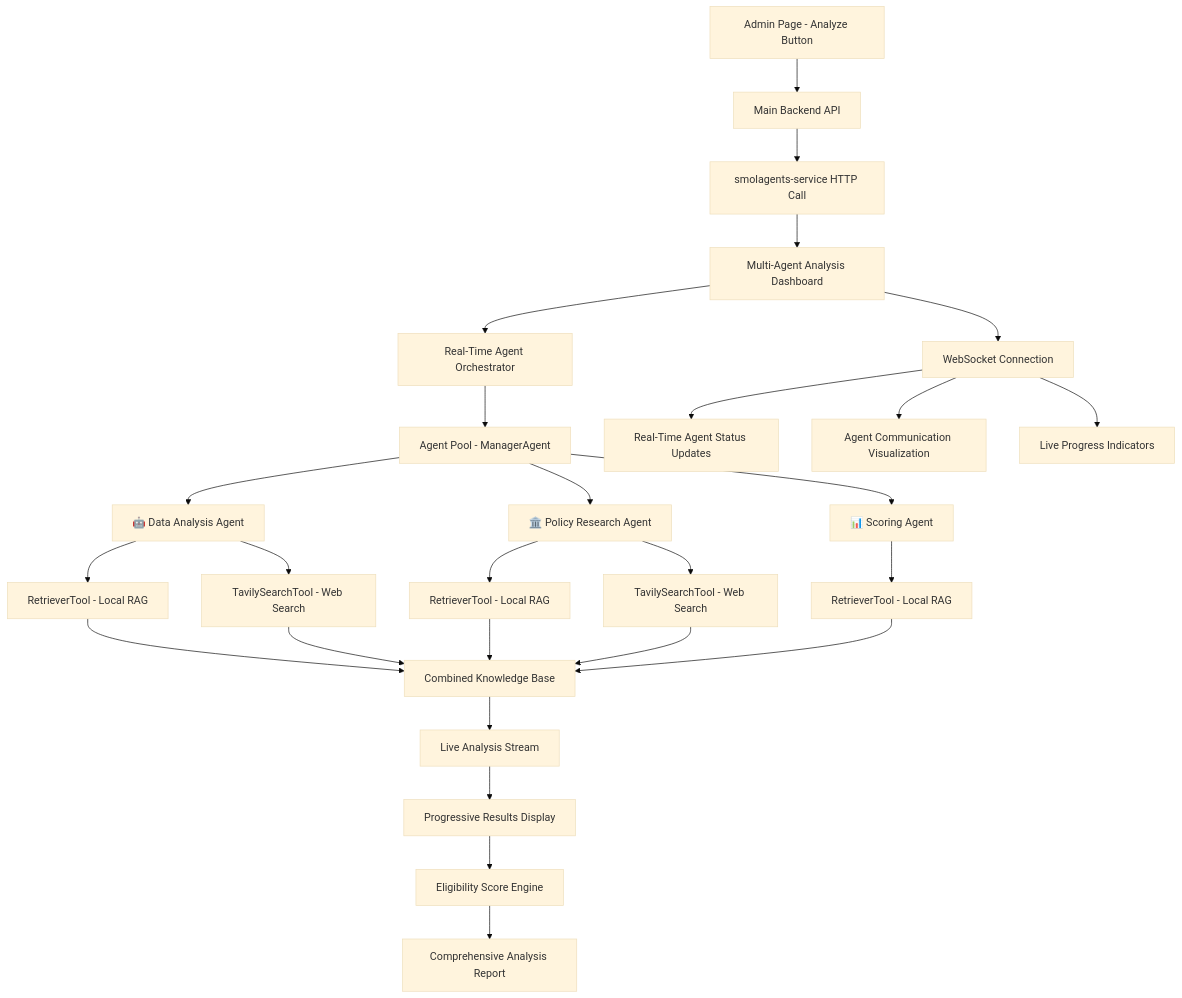
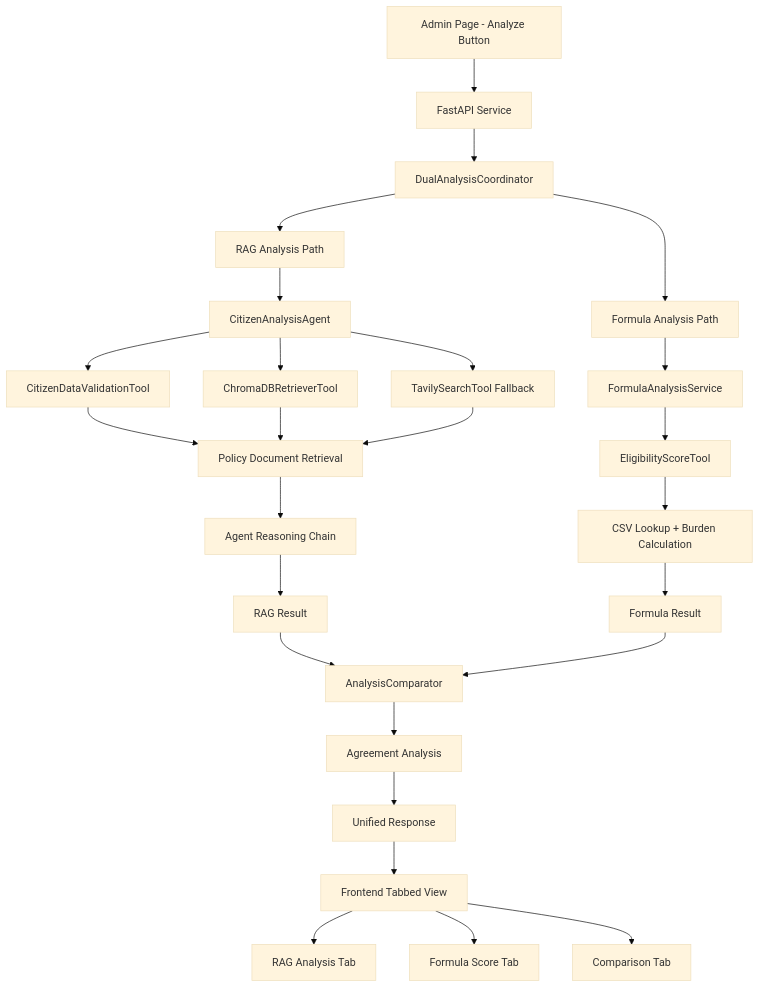
One commit to BLTC-520/gov-subsidy-platform changed the first of 2 diagrams in backend/smolagents-service/spec/design.md. Above: the diagram before and after it, drawn with Mermaid (base theme). The commit also changed other lines of this file and 6 other files, not shown here.

Commit message:
Implement FormulaAnalysisService & AnalysisComparator

````diff
--- a/backend/smolagents-service/spec/design.md
+++ b/backend/smolagents-service/spec/design.md
@@ -13,30 +18,33 @@
 ```mermaid
 graph TB
-    A[Admin Page - Analyze Button] --> B[Main Backend API]
-    B --> C[smolagents-service HTTP Call]
-    C --> D[Multi-Agent Analysis Dashboard]
-    D --> E[Real-Time Agent Orchestrator]
-    E --> F[Agent Pool - ManagerAgent]
-    F --> G[🤖 Data Analysis Agent]
-    F --> H[🏛️ Policy Research Agent]
-    F --> I[📊 Scoring Agent]
-    G --> J[RetrieverTool - Local RAG]
-    G --> K[TavilySearchTool - Web Search]
-    H --> L[RetrieverTool - Local RAG]
-    H --> M[TavilySearchTool - Web Search]
-    I --> N[RetrieverTool - Local RAG]
-    J --> O[Combined Knowledge Base]
-    K --> O
-    L --> O
-    M --> O
-    N --> O
-    O --> P[Live Analysis Stream]
-    P --> Q[Progressive Results Display]
-    Q --> R[Eligibility Score Engine]
-    R --> S[Comprehensive Analysis Report]
-
-    D --> T[WebSocket Connection]
-    T --> U[Real-Time Agent Status Updates]
-    T --> V[Agent Communication Visualization]
-    T --> W[Live Progress Indicators]
+    A[Admin Page - Analyze Button] --> B[FastAPI Service]
+    B --> C[DualAnalysisCoordinator]
+    
+    C --> D[RAG Analysis Path]
+    C --> E[Formula Analysis Path]
+    
+    D --> F[CitizenAnalysisAgent]
+    F --> G[CitizenDataValidationTool]
+    F --> H[ChromaDBRetrieverTool]
+    F --> I[TavilySearchTool Fallback]
+    G --> J[Policy Document Retrieval]
+    H --> J
+    I --> J
+    J --> K[Agent Reasoning Chain]
+    K --> L[RAG Result]
+    
+    E --> M[FormulaAnalysisService]
+    M --> N[EligibilityScoreTool]
+    N --> O[CSV Lookup + Burden Calculation]
+    O --> P[Formula Result]
+    
+    L --> Q[AnalysisComparator]
+    P --> Q
+    Q --> R[Agreement Analysis]
+    R --> S[Unified Response]
+    
+    S --> T[Frontend Tabbed View]
+    T --> U[RAG Analysis Tab]
+    T --> V[Formula Score Tab]
+    T --> W[Comparison Tab]
 ```
````
